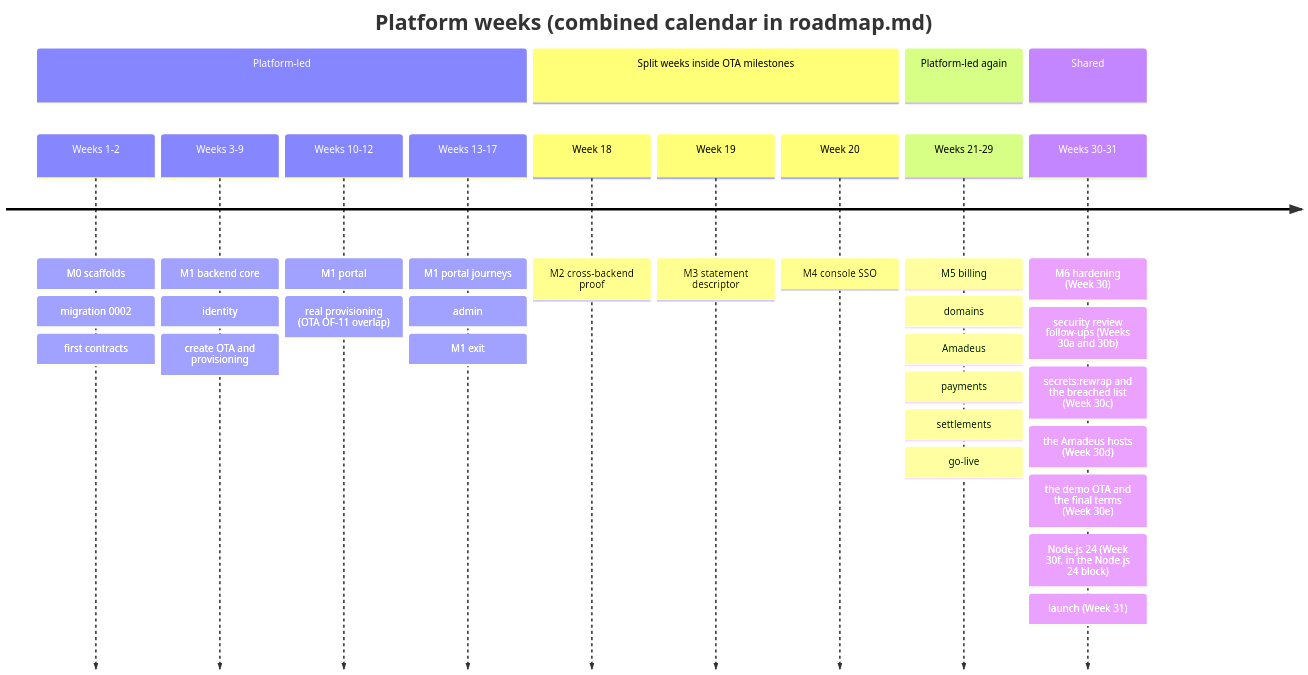
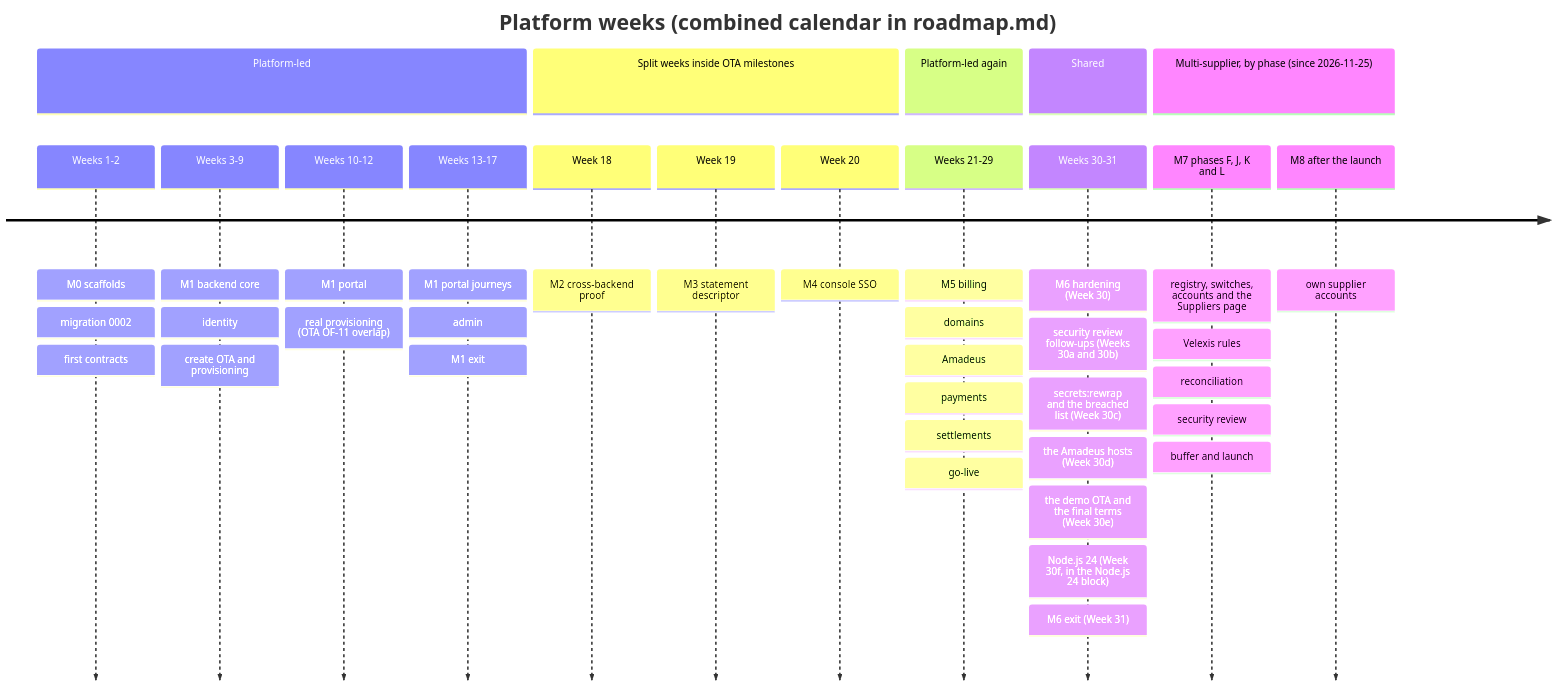
One commit to bhagwati-prasad/velexis-ota changed the diagram in platform/docs/plans/solo-developer-plan.md. Above: the diagram before and after it, drawn with Mermaid. The commit also changed other lines of this file and 35 other files, not shown here.

````diff
--- a/platform/docs/plans/solo-developer-plan.md
+++ b/platform/docs/plans/solo-developer-plan.md
@@ -64,17 +66,20 @@
 ```mermaid
 timeline
   title Platform weeks (combined calendar in roadmap.md)
   section Platform-led
     Weeks 1-2 : M0 scaffolds : migration 0002 : first contracts
     Weeks 3-9 : M1 backend core : identity : create OTA and provisioning
     Weeks 10-12 : M1 portal : real provisioning (OTA OF-11 overlap)
     Weeks 13-17 : M1 portal journeys : admin : M1 exit
   section Split weeks inside OTA milestones
     Week 18 : M2 cross-backend proof
     Week 19 : M3 statement descriptor
     Week 20 : M4 console SSO
   section Platform-led again
     Weeks 21-29 : M5 billing : domains : Amadeus : payments : settlements : go-live
   section Shared
-    Weeks 30-31 : M6 hardening (Week 30) : security review follow-ups (Weeks 30a and 30b) : secrets:rewrap and the breached list (Week 30c) : the Amadeus hosts (Week 30d) : the demo OTA and the final terms (Week 30e) : Node.js 24 (Week 30f, in the Node.js 24 block) : launch (Week 31)
+    Weeks 30-31 : M6 hardening (Week 30) : security review follow-ups (Weeks 30a and 30b) : secrets#58;rewrap and the breached list (Week 30c) : the Amadeus hosts (Week 30d) : the demo OTA and the final terms (Week 30e) : Node.js 24 (Week 30f, in the Node.js 24 block) : M6 exit (Week 31)
+  section Multi-supplier, by phase (since 2026-11-25)
+    M7 phases F, J, K and L : registry, switches, accounts and the Suppliers page : Velexis rules : reconciliation : security review : buffer and launch
+    M8 after the launch : own supplier accounts
 ```
````
